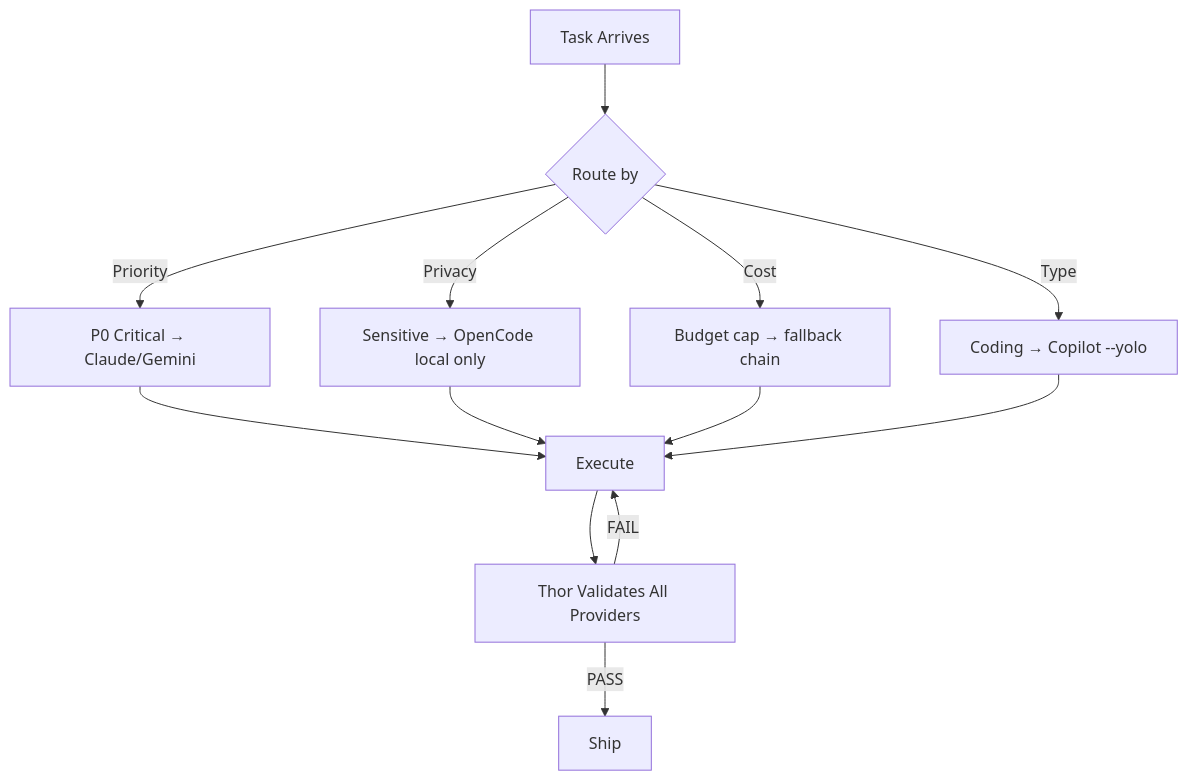
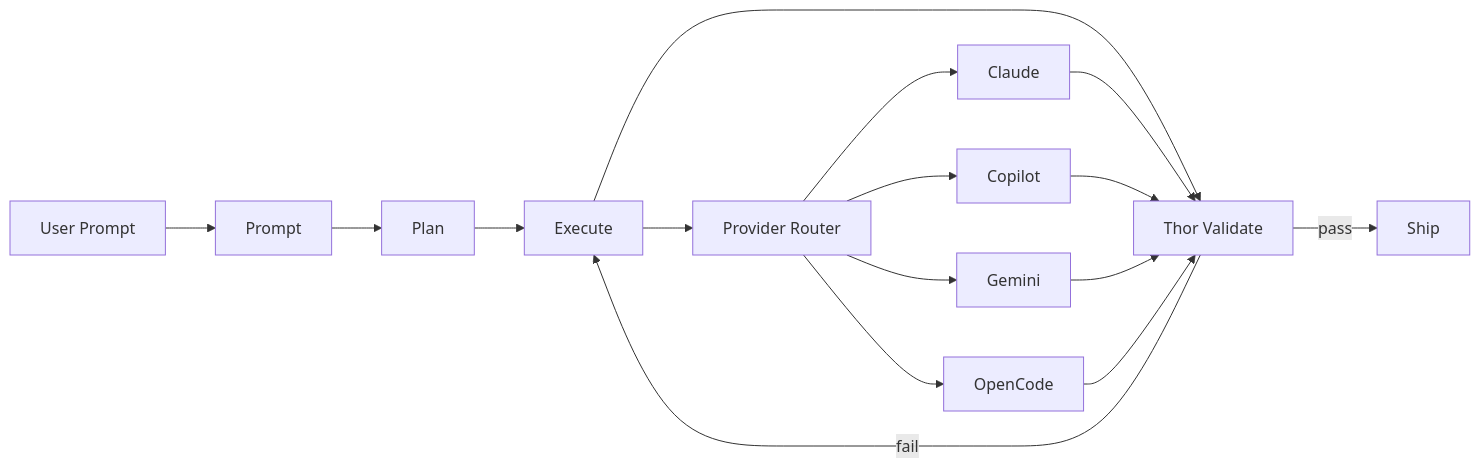
The first of 4 diagrams in README.md (Roberdan/MyConvergio), drawn with Mermaid before and after one commit. The commit also changed other lines of this file and 89 other files, not shown here.

````diff
--- a/README.md
+++ b/README.md
@@ -168,12 +38,18 @@
 ```mermaid
-graph TD
-    T[Task Arrives] --> R{Route by}
-    R -->|Priority| P0[P0 Critical → Claude/Gemini]
-    R -->|Privacy| PV[Sensitive → OpenCode local only]
-    R -->|Cost| BG[Budget cap → fallback chain]
-    R -->|Type| TP[Coding → Copilot --yolo]
-    P0 & PV & BG & TP --> EXEC[Execute]
-    EXEC --> THOR[Thor Validates All Providers]
-    THOR -->|PASS| DONE[Ship]
-    THOR -->|FAIL| EXEC
+flowchart LR
+    A[User Prompt] --> B[Prompt]
+    B --> C[Plan]
+    C --> D[Execute]
+    D --> E[Thor Validate]
+    E -->|pass| F[Ship]
+    E -->|fail| D
+    D --> R[Provider Router]
+    R --> P1[Claude]
+    R --> P2[Copilot]
+    R --> P3[Gemini]
+    R --> P4[OpenCode]
+    P1 --> E
+    P2 --> E
+    P3 --> E
+    P4 --> E
 ```
````
